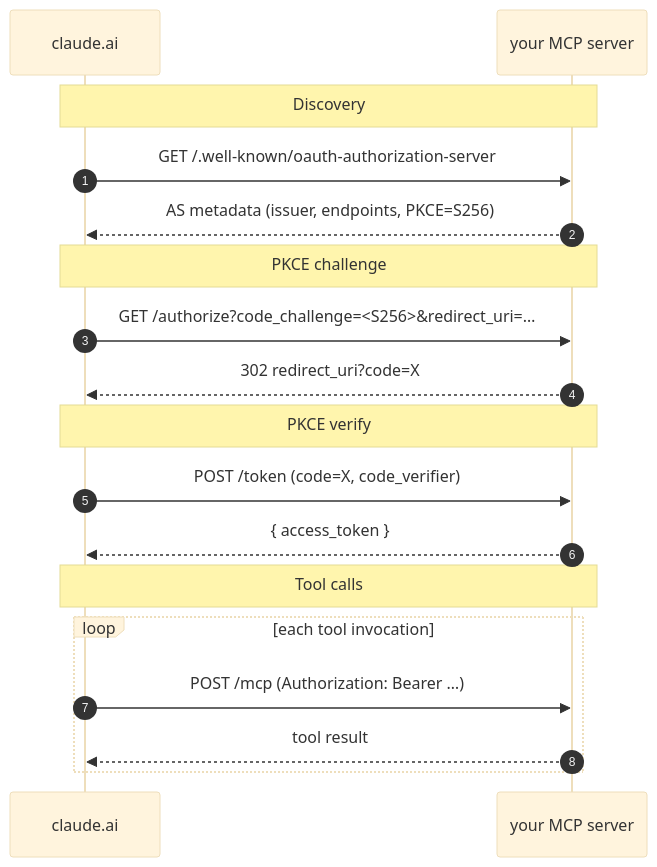
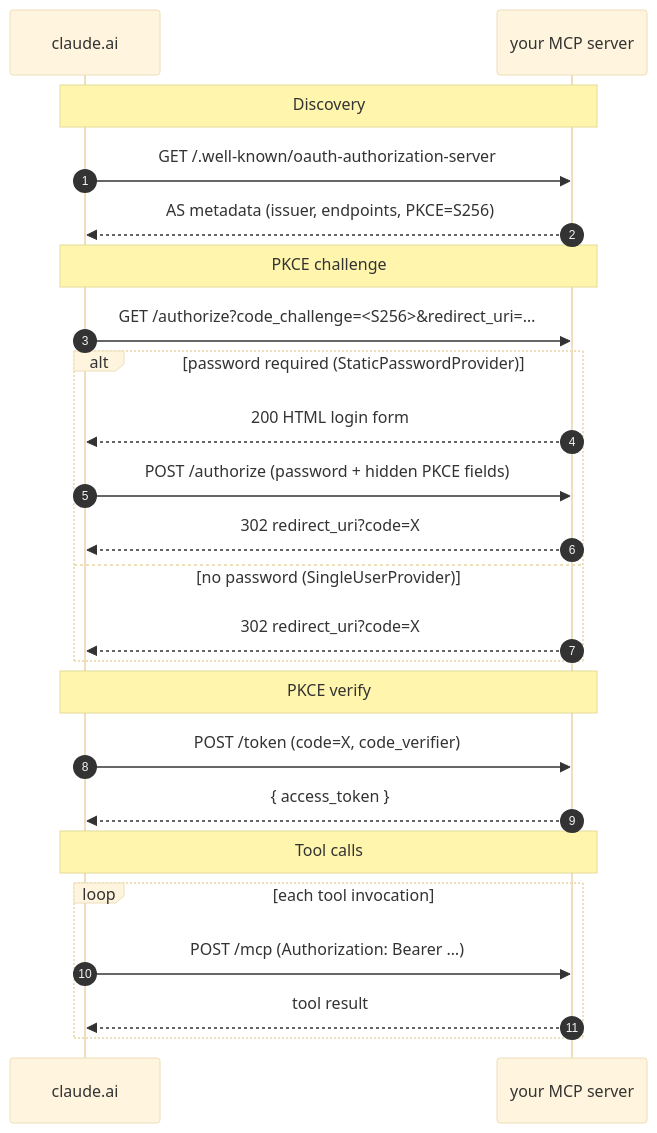
Before and after one commit to 5queezer/mcp-oauth-template: the diagram in README.md, drawn with Mermaid (base theme). The commit also changed other lines of this file and 6 other files, not shown here.

````diff
--- a/README.md
+++ b/README.md
@@ -123,24 +124,30 @@
 ```mermaid
 sequenceDiagram
     autonumber
     participant C as claude.ai
     participant S as your MCP server
 
     Note over C,S: Discovery
     C->>S: GET /.well-known/oauth-authorization-server
     S-->>C: AS metadata (issuer, endpoints, PKCE=S256)
 
     Note over C,S: PKCE challenge
     C->>S: GET /authorize?code_challenge=<S256>&redirect_uri=…
-    S-->>C: 302 redirect_uri?code=X
+    alt password required (StaticPasswordProvider)
+        S-->>C: 200 HTML login form
+        C->>S: POST /authorize (password + hidden PKCE fields)
+        S-->>C: 302 redirect_uri?code=X
+    else no password (SingleUserProvider)
+        S-->>C: 302 redirect_uri?code=X
+    end
 
     Note over C,S: PKCE verify
     C->>S: POST /token  (code=X, code_verifier)
     S-->>C: { access_token }
 
     Note over C,S: Tool calls
     loop each tool invocation
         C->>S: POST /mcp  (Authorization: Bearer …)
         S-->>C: tool result
     end
 ```
````
